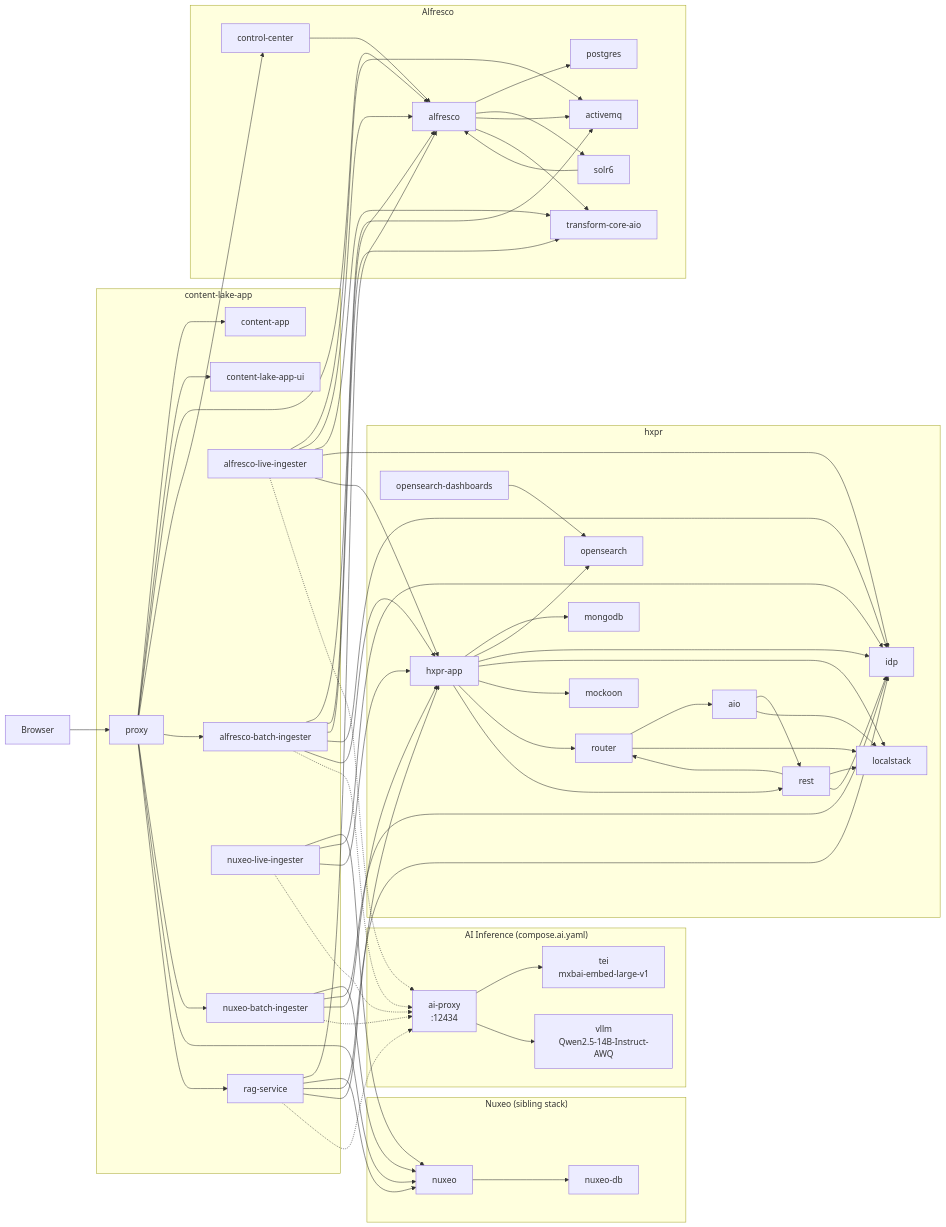
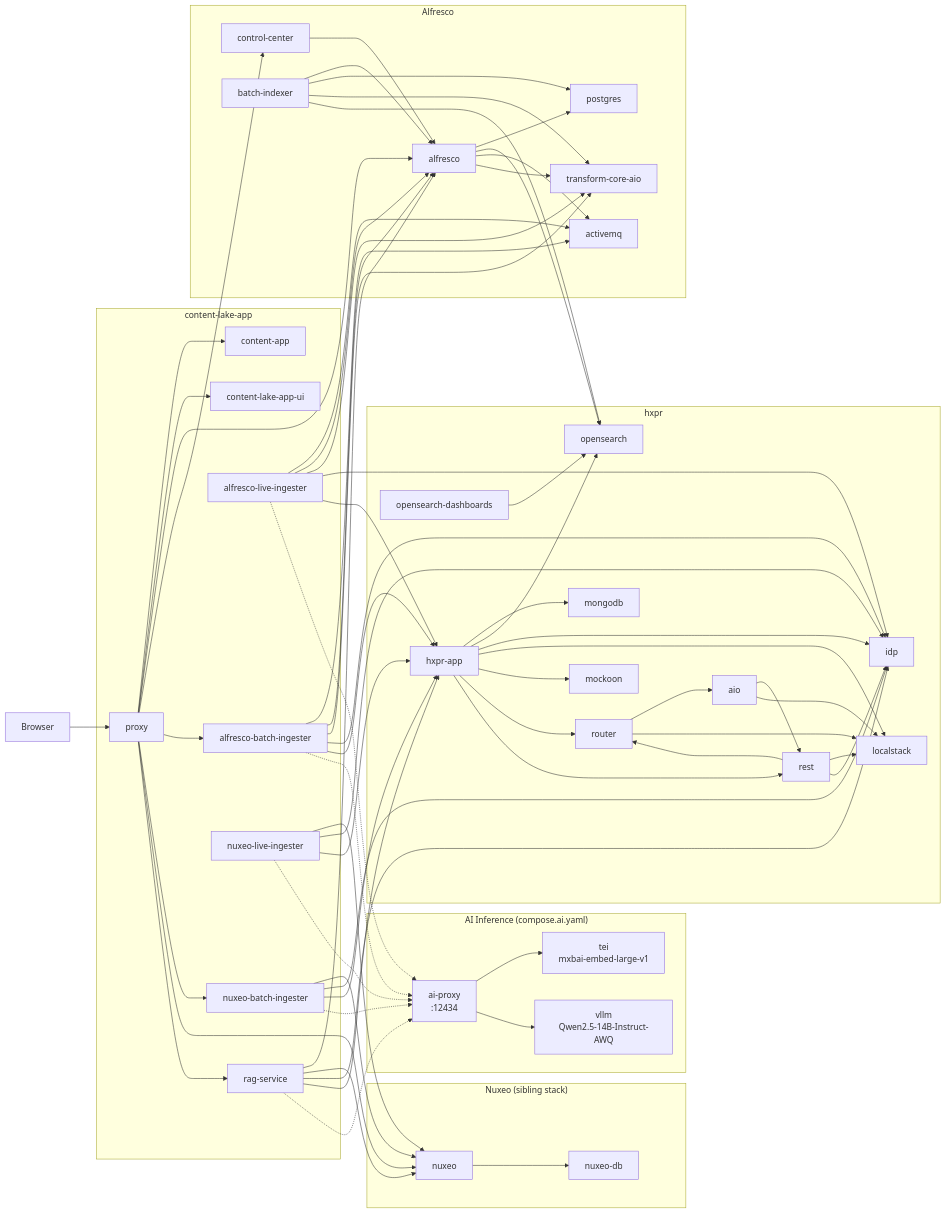
One commit to aborroy/content-lake-app-deployment changed the diagram in docs/DEPLOY_EC2.md. Above: the diagram before and after it, drawn with Mermaid. The commit also changed other lines of this file and 6 other files, not shown here.

First line of the commit message:
#11 feat: replace Solr with OpenSearch (Alfresco Search Community, ACS 26.2)

```diff
--- a/docs/DEPLOY_EC2.md
+++ b/docs/DEPLOY_EC2.md
@@ -353,7 +353,7 @@
   subgraph ACS["Alfresco"]
     Alfresco["alfresco"]
     ControlCenter["control-center"]
-    Solr["solr6"]
+    BatchIndexer["batch-indexer"]
     Postgres["postgres"]
     ActiveMQ["activemq"]
     Transform["transform-core-aio"]
@@ -393,10 +393,13 @@
 
   ControlCenter --> Alfresco
   Alfresco --> Postgres
-  Alfresco --> Solr
+  Alfresco --> OpenSearch
   Alfresco --> ActiveMQ
   Alfresco --> Transform
-  Solr --> Alfresco
+  BatchIndexer --> Alfresco
+  BatchIndexer --> Postgres
+  BatchIndexer --> Transform
+  BatchIndexer --> OpenSearch
 
   OSD --> OpenSearch
 
```
